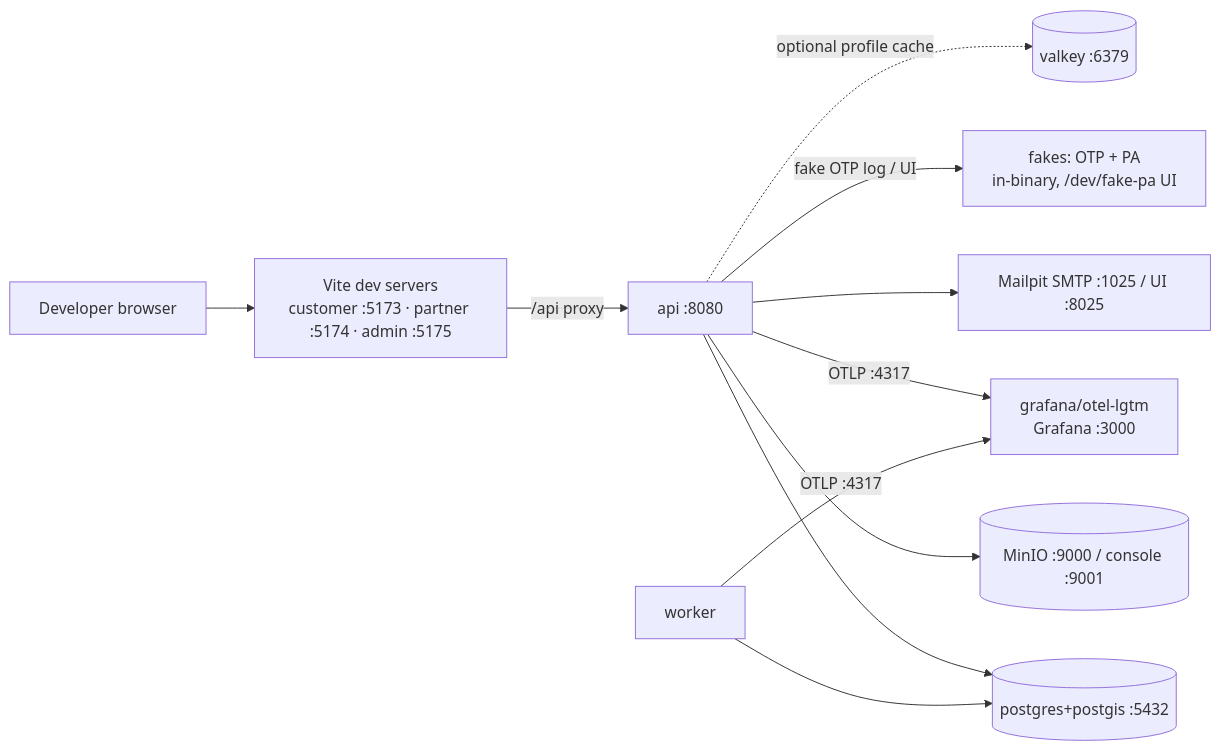
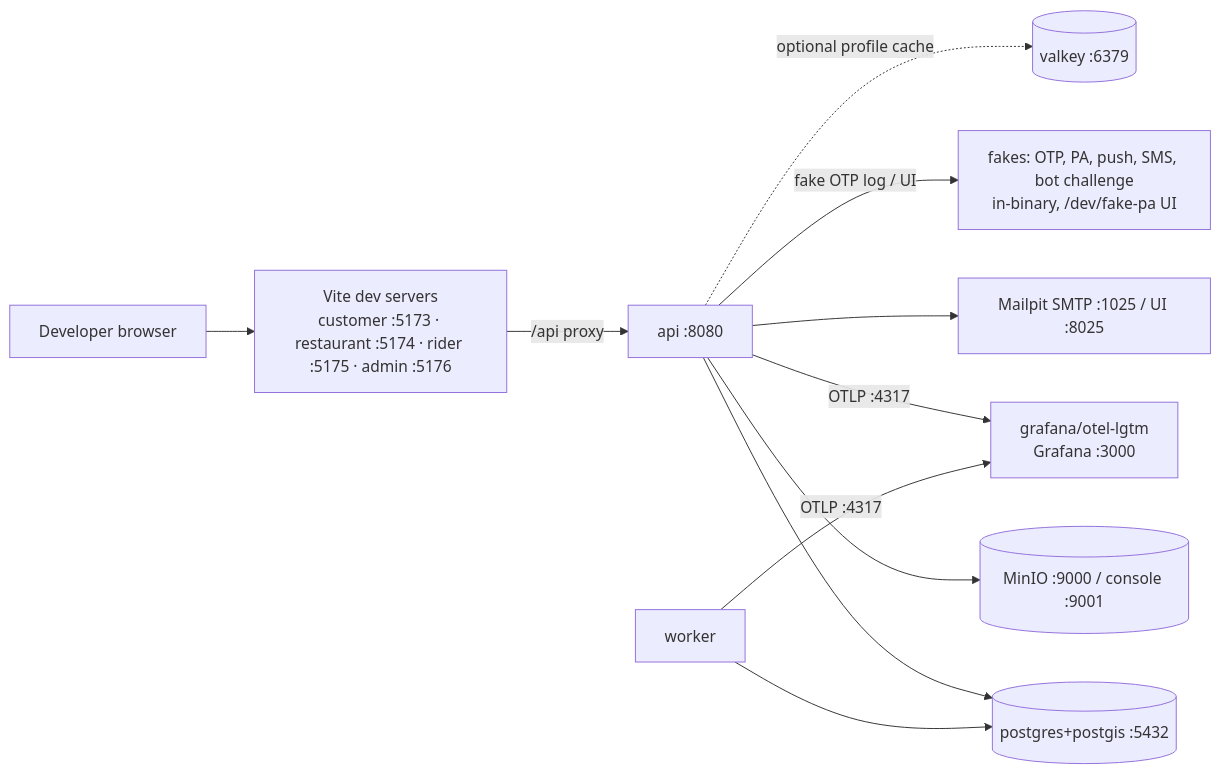
One commit to storetmobiles2-code/rovo changed the third of 3 diagrams in docs/planning/22-deployment-architecture.md. Above: the diagram before and after it, drawn with Mermaid. The commit also changed other lines of this file and 12 other files, not shown here.

````diff
--- a/docs/planning/22-deployment-architecture.md
+++ b/docs/planning/22-deployment-architecture.md
@@ -268,12 +296,12 @@
 ```mermaid
 flowchart LR
-  DEV[Developer browser] --> VITE[Vite dev servers<br/>customer :5173 · partner :5174 · admin :5175]
+  DEV[Developer browser] --> VITE[Vite dev servers<br/>customer :5173 · restaurant :5174 · rider :5175 · admin :5176]
   VITE -->|/api proxy| API[api :8080]
   API --> PG[(postgres+postgis :5432)]
   WRK[worker] --> PG
   API --> MINIO[(MinIO :9000 / console :9001)]
   API --> MAIL[Mailpit SMTP :1025 / UI :8025]
-  API -->|fake OTP log / UI| FAKE[fakes: OTP + PA<br/>in-binary, /dev/fake-pa UI]
+  API -->|fake OTP log / UI| FAKE[fakes: OTP, PA, push, SMS, bot challenge<br/>in-binary, /dev/fake-pa UI]
   API & WRK -->|OTLP :4317| LGTM[grafana/otel-lgtm<br/>Grafana :3000]
   API -.optional profile cache.-> VK[(valkey :6379)]
 ```
````
